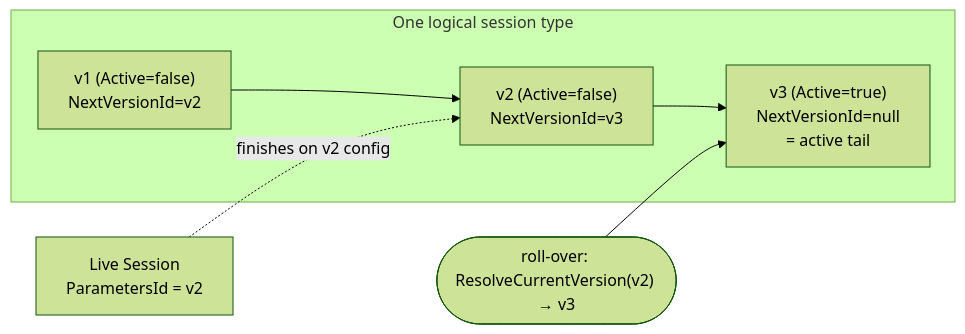
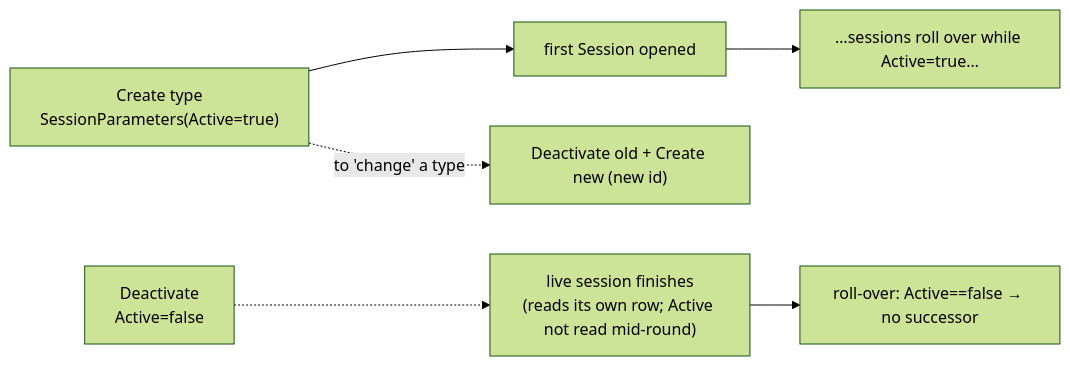
One commit to marcusruas/monkify-meta changed the first of 3 diagrams in specs/operator-admin-page.md. Above: the diagram before and after it, drawn with Mermaid (forest theme). The commit also changed other lines of this file, not shown here.

First line of the commit message:
Spec: drop editing + versioning for deactivate-or-create.

````diff
--- a/specs/operator-admin-page.md
+++ b/specs/operator-admin-page.md
@@ -149,8 +153,8 @@
 ```mermaid
 flowchart LR
-    subgraph Lineage["One logical session type"]
-      V1["v1 (Active=false)\nNextVersionId=v2"] --> V2["v2 (Active=false)\nNextVersionId=v3"] --> V3["v3 (Active=true)\nNextVersionId=null\n= active tail"]
-    end
-    LiveSession["Live Session\nParametersId = v2"] -. finishes on v2 config .-> V2
-    Rollover(["roll-over: ResolveCurrentVersion(v2) → v3"]) --> V3
+    Create["Create type\nSessionParameters(Active=true)"] --> S1["first Session opened"]
+    S1 --> Sn["…sessions roll over while Active=true…"]
+    Deact["Deactivate\nActive=false"] -.-> Live["live session finishes\n(reads its own row; Active not read mid-round)"]
+    Live --> End["roll-over: Active==false → no successor"]
+    Create -. "to 'change' a type" .-> Recreate["Deactivate old + Create new (new id)"]
 ```
````
